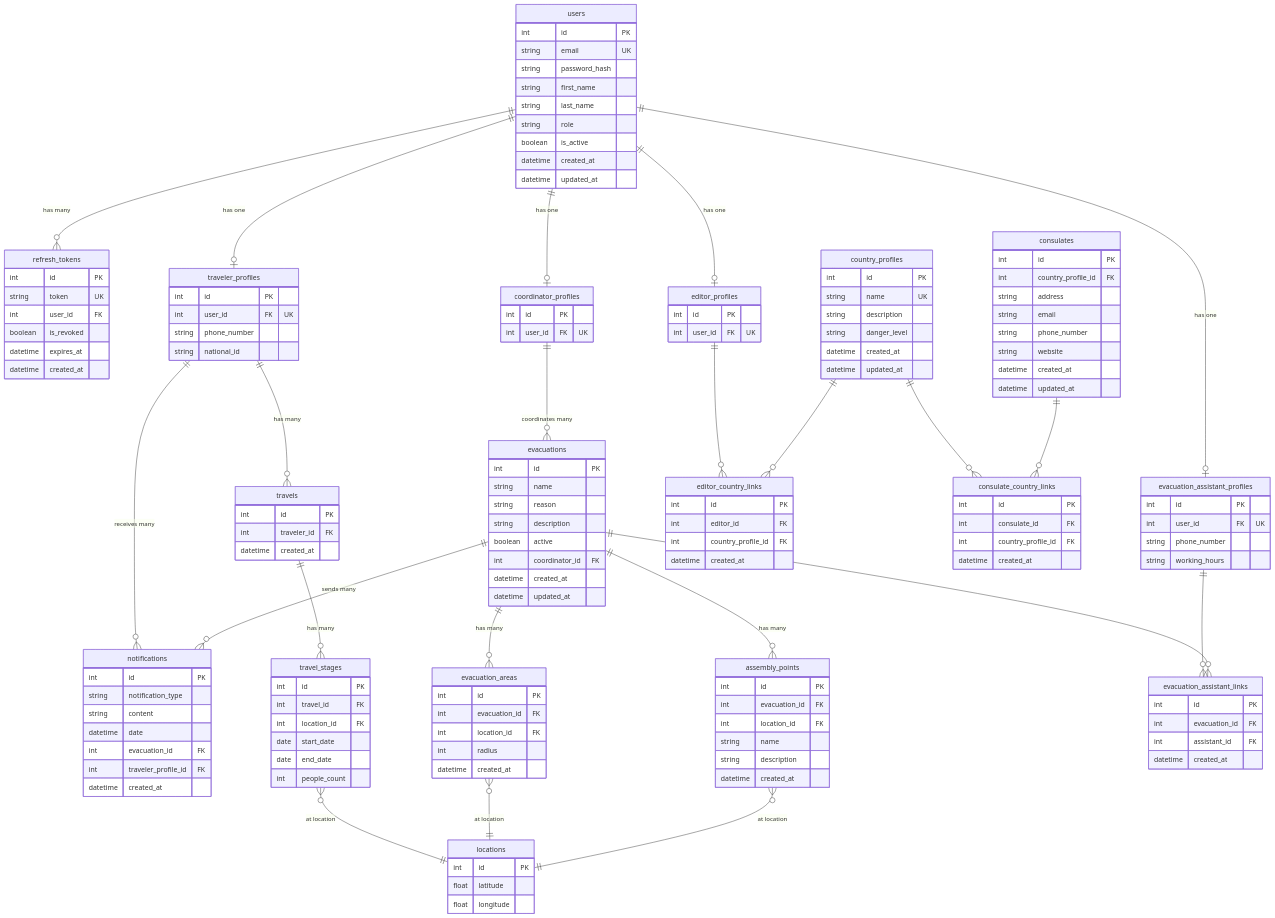
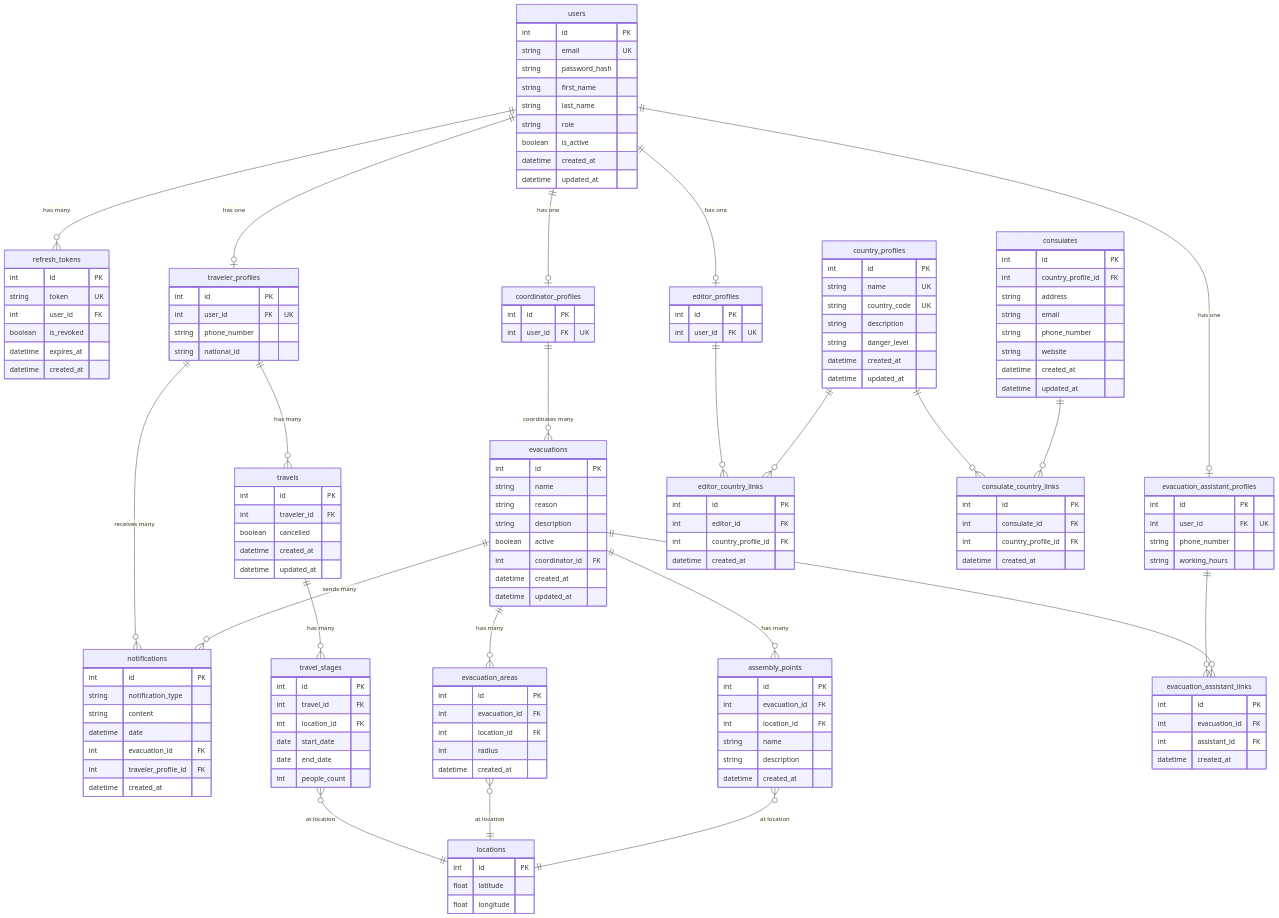
Before and after one commit to ArseniZar/Odyseusz: the diagram in server/ERD.md, drawn with Mermaid. The commit also changed 20 other files, not shown here.

```diff
--- a/server/ERD.md
+++ b/server/ERD.md
@@ -78,7 +78,9 @@
   travels {
     int id PK
     int traveler_id FK
+    boolean cancelled
     datetime created_at
+    datetime updated_at
   }
   
   travel_stages {
@@ -137,6 +139,7 @@
   country_profiles {
     int id PK
     string name UK
+    string country_code UK
     string description
     string danger_level
     datetime created_at
```
